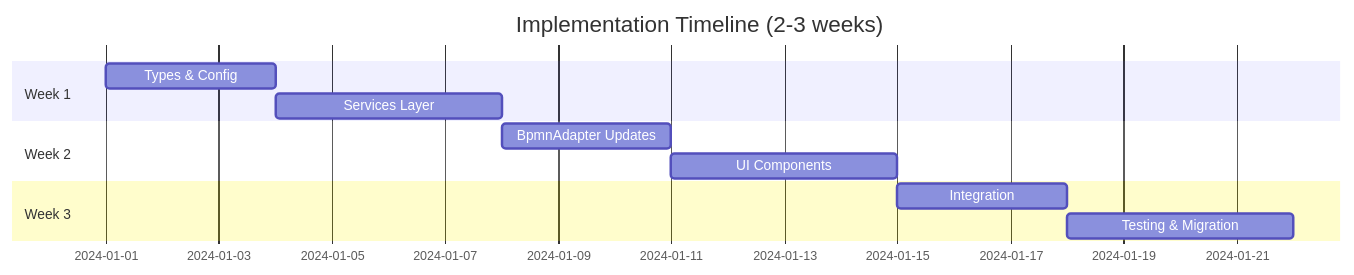
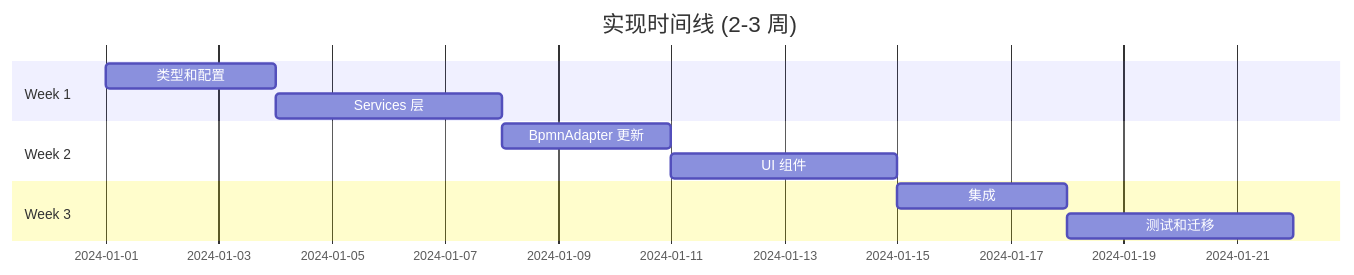
One commit to liushuai0109/workflow-engine changed the second of 2 diagrams in openspec/changes/archive/2025-12-19-add-lifecycle-operations-foundation/QUICK_REFERENCE.md. Above: the diagram before and after it, drawn with Mermaid. The commit also changed other lines of this file and 12 other files, not shown here.

````diff
--- a/openspec/changes/archive/2025-12-19-add-lifecycle-operations-foundation/QUICK_REFERENCE.md
+++ b/openspec/changes/archive/2025-12-19-add-lifecycle-operations-foundation/QUICK_REFERENCE.md
@@ -273,14 +273,14 @@
 ```mermaid
 gantt
-    title Implementation Timeline (2-3 weeks)
+    title 实现时间线 (2-3 周)
     dateFormat  YYYY-MM-DD
     section Week 1
-    Types & Config           :w1a, 2024-01-01, 3d
-    Services Layer          :w1b, 2024-01-04, 4d
+    类型和配置           :w1a, 2024-01-01, 3d
+    Services 层          :w1b, 2024-01-04, 4d
     section Week 2
-    BpmnAdapter Updates     :w2a, 2024-01-08, 3d
-    UI Components           :w2b, 2024-01-11, 4d
+    BpmnAdapter 更新     :w2a, 2024-01-08, 3d
+    UI 组件           :w2b, 2024-01-11, 4d
     section Week 3
-    Integration            :w3a, 2024-01-15, 3d
-    Testing & Migration    :w3b, 2024-01-18, 4d
+    集成            :w3a, 2024-01-15, 3d
+    测试和迁移    :w3b, 2024-01-18, 4d
 ```
````
